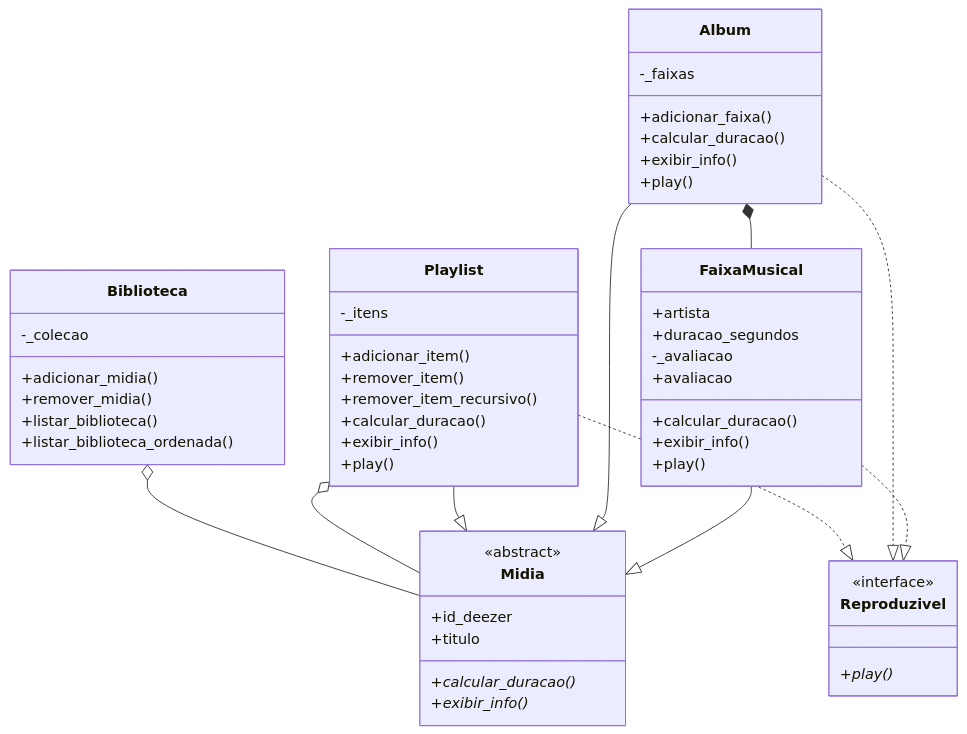
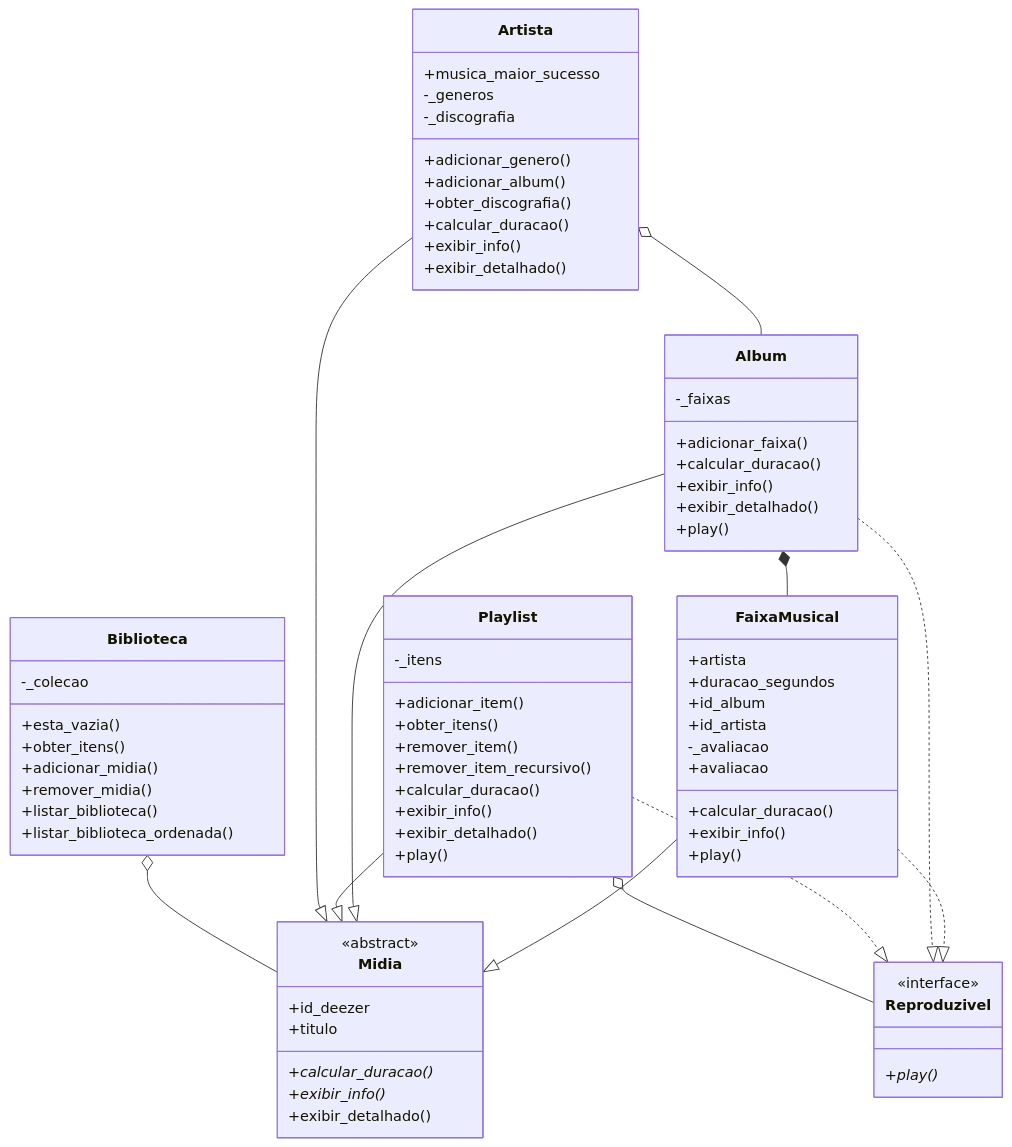
One commit to Lucas-GBueno/Projeto-Software-2026.2 changed the diagram in README.md. Above: the diagram before and after it, drawn with Mermaid. The commit also changed other lines of this file, not shown here.

Commit message:
Refactor README with updated project details
Updated project structure and object-oriented concepts in README. (incluindo coisas como classe artista, estruturação das regras de artista, múltiplos provedores)

````diff
--- a/README.md
+++ b/README.md
@@ -27,57 +27,78 @@
 ```mermaid
 classDiagram
     class Midia {
         <<abstract>>
         +id_deezer
         +titulo
         +calcular_duracao()*
         +exibir_info()*
+        +exibir_detalhado()
     }
     class Reproduzivel {
         <<interface>>
         +play()*
     }
     class FaixaMusical {
         +artista
         +duracao_segundos
+        +id_album
+        +id_artista
         -_avaliacao
         +avaliacao
         +calcular_duracao()
         +exibir_info()
         +play()
     }
     class Album {
         -_faixas
         +adicionar_faixa()
         +calcular_duracao()
         +exibir_info()
+        +exibir_detalhado()
         +play()
     }
     class Playlist {
         -_itens
         +adicionar_item()
+        +obter_itens()
         +remover_item()
         +remover_item_recursivo()
         +calcular_duracao()
         +exibir_info()
+        +exibir_detalhado()
         +play()
+    }
+    class Artista {
+        +musica_maior_sucesso
+        -_generos
+        -_discografia
+        +adicionar_genero()
+        +adicionar_album()
+        +obter_discografia()
+        +calcular_duracao()
+        +exibir_info()
+        +exibir_detalhado()
     }
     class Biblioteca {
         -_colecao
+        +esta_vazia()
+        +obter_itens()
         +adicionar_midia()
         +remover_midia()
         +listar_biblioteca()
         +listar_biblioteca_ordenada()
     }
 
     FaixaMusical --|> Midia
     Album --|> Midia
     Playlist --|> Midia
+    Artista --|> Midia
     FaixaMusical ..|> Reproduzivel
     Album ..|> Reproduzivel
     Playlist ..|> Reproduzivel
 
     Album *-- FaixaMusical
-    Playlist o-- Midia
+    Playlist o-- Reproduzivel
+    Artista o-- Album
     Biblioteca o-- Midia
 ```
````
